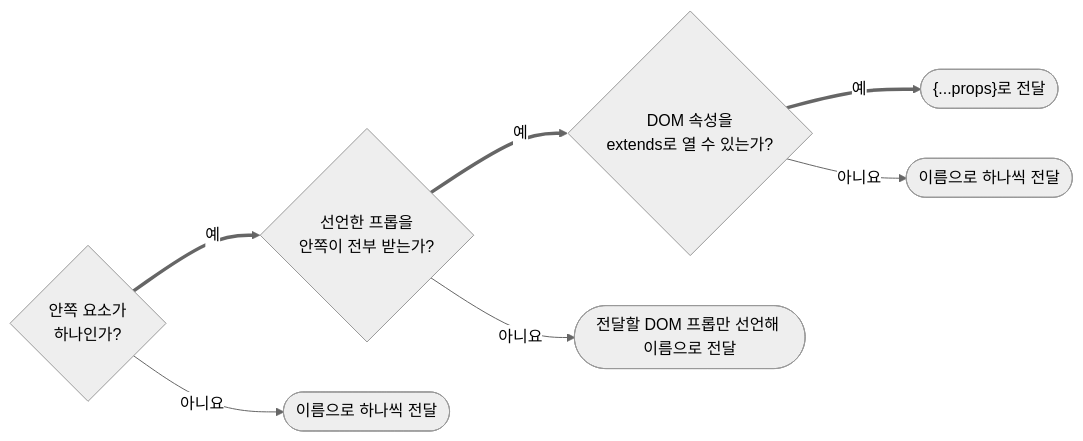
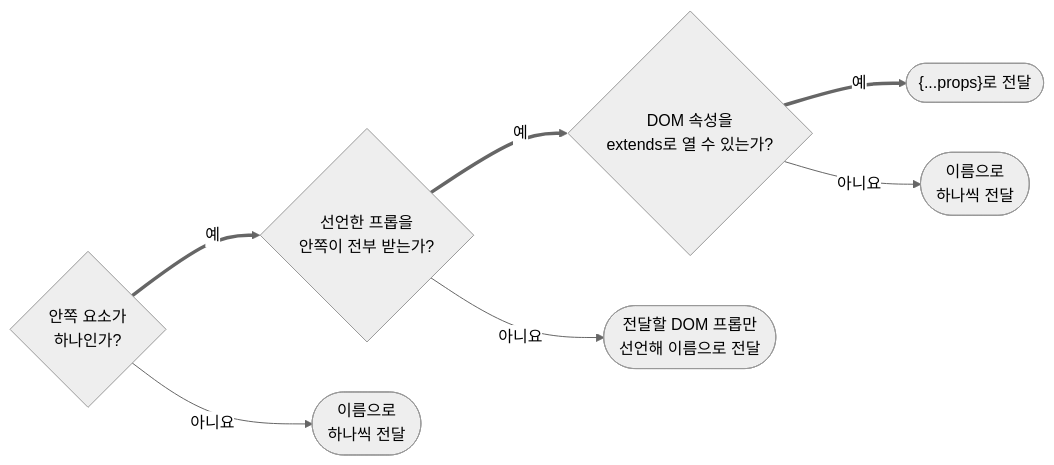
Before and after one commit to minu-ha/agent-conventions: the second of 2 diagrams in skill/react/HANDBOOK.md, drawn with Mermaid (neutral theme). The commit also changed 6 other files, not shown here.

First line of the commit message:
feat(viewer): 흐름도 렌더러를 beautiful-mermaid 로 바꾼다

````diff
--- a/skill/react/HANDBOOK.md
+++ b/skill/react/HANDBOOK.md
@@ -1505,7 +1505,7 @@
 ```mermaid
 flowchart LR
-	q1{"안쪽 요소가<br>하나인가?"} == 예 ==> q2{"선언한 프롭을<br>안쪽이 전부 받는가?"} == 예 ==> q3{"DOM 속성을<br>extends로 열 수 있는가?"} == 예 ==> r3(["{...props}로 전달"]):::yes
-	q1 -- 아니요 --> r1(["이름으로 하나씩 전달"])
-	q2 -- 아니요 --> r2(["전달할 DOM 프롭만 선언해 이름으로 전달"])
-	q3 -- 아니요 --> r4(["이름으로 하나씩 전달"])
+	q1{"안쪽 요소가<br>하나인가?"} == 예 ==> q2{"선언한 프롭을<br>안쪽이 전부 받는가?"} == 예 ==> q3{"DOM 속성을<br>extends로 열 수 있는가?"} == 예 ==> r3(["{...props}로 전달"])
+	q1 -- 아니요 --> r1(["이름으로<br>하나씩 전달"])
+	q2 -- 아니요 --> r2(["전달할 DOM 프롭만<br>선언해 이름으로 전달"])
+	q3 -- 아니요 --> r4(["이름으로<br>하나씩 전달"])
 ```
````
